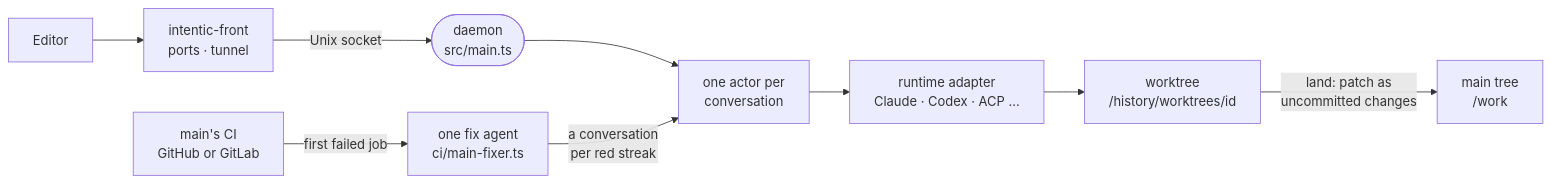
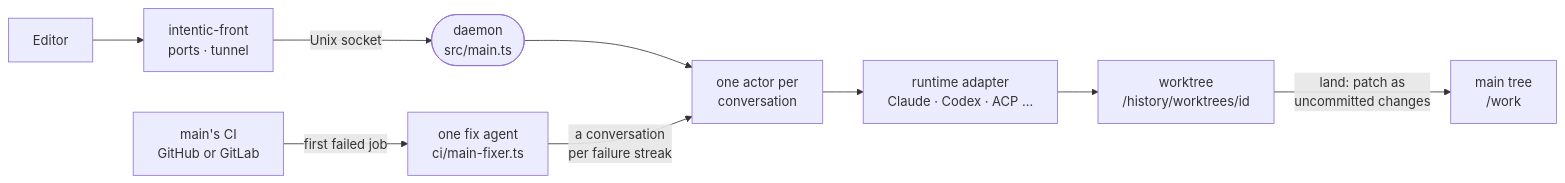
The diagram in docs/architecture/sandbox.md (intentic/intentic), drawn with Mermaid before and after one commit. The commit also changed other lines of this file and 251 other files, not shown here.

````diff
--- a/docs/architecture/sandbox.md
+++ b/docs/architecture/sandbox.md
@@ -5,11 +5,11 @@
 ```mermaid
 flowchart LR
     editor["Editor"] --> front["intentic-front<br/>ports · tunnel"]
     front -->|"Unix socket"| daemon(["daemon<br/>src/main.ts"])
     daemon --> actor["one actor per<br/>conversation"]
     actor --> runtime["runtime adapter<br/>Claude · Codex · ACP …"]
     runtime --> wt["worktree<br/>/history/worktrees/id"]
     wt -->|"land: patch as<br/>uncommitted changes"| main["main tree<br/>/work"]
     ci["main's CI<br/>GitHub or GitLab"] -->|"first failed job"| fixer["one fix agent<br/>ci/main-fixer.ts"]
-    fixer -->|"a conversation<br/>per red streak"| actor
+    fixer -->|"a conversation<br/>per failure streak"| actor
 ```
````
